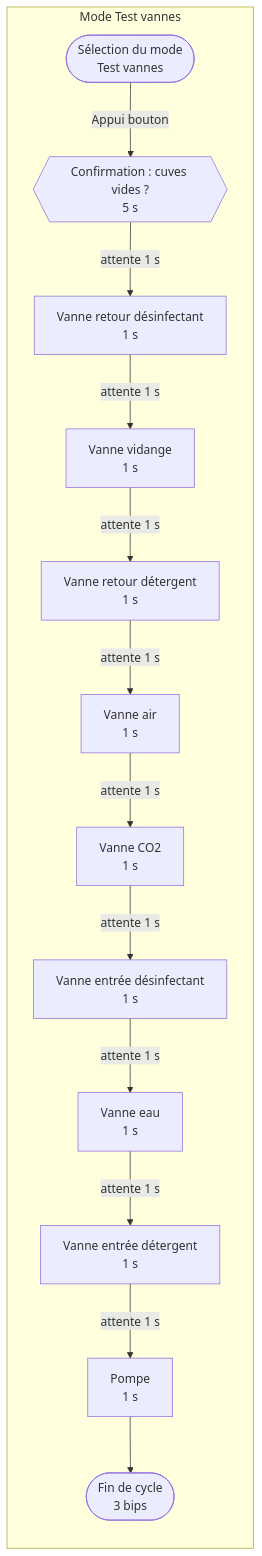
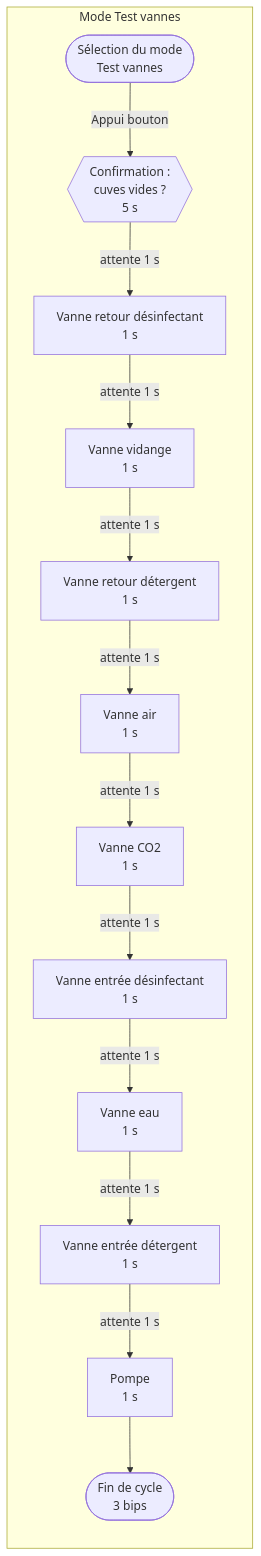
One commit to ecolab07/kegwasher changed diagram 11 of 11 in docs/FR/GRAFCET_TOUS_MODES.md. Above: the diagram before and after it, drawn with Mermaid. The commit also changed other lines of this file, not shown here.

````diff
--- a/docs/FR/GRAFCET_TOUS_MODES.md
+++ b/docs/FR/GRAFCET_TOUS_MODES.md
@@ -526,29 +526,29 @@
 ```mermaid
 flowchart TD
     subgraph STEPS["Mode Test vannes"]
         direction TB
         Start(["Sélection du mode<br/>Test vannes"])
-        Warn{{"Confirmation : cuves vides ?<br/>5 s"}}
+        Warn{{"Confirmation :<br/>cuves vides ?<br/>5 s"}}
         T1["Vanne retour désinfectant<br/>1 s"]
         T2["Vanne vidange<br/>1 s"]
         T3["Vanne retour détergent<br/>1 s"]
         T4["Vanne air<br/>1 s"]
         T5["Vanne CO2<br/>1 s"]
         T6["Vanne entrée désinfectant<br/>1 s"]
         T7["Vanne eau<br/>1 s"]
         T8["Vanne entrée détergent<br/>1 s"]
         T9["Pompe<br/>1 s"]
         End(["Fin de cycle<br/>3 bips"])
         Start -->|Appui bouton| Warn
         Warn -->|attente 1 s| T1
         T1 -->|attente 1 s| T2
         T2 -->|attente 1 s| T3
         T3 -->|attente 1 s| T4
         T4 -->|attente 1 s| T5
         T5 -->|attente 1 s| T6
         T6 -->|attente 1 s| T7
         T7 -->|attente 1 s| T8
         T8 -->|attente 1 s| T9
         T9 --> End
     end
 ```
````
